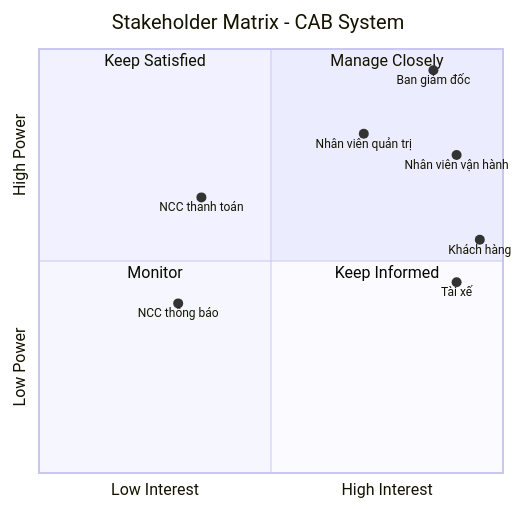
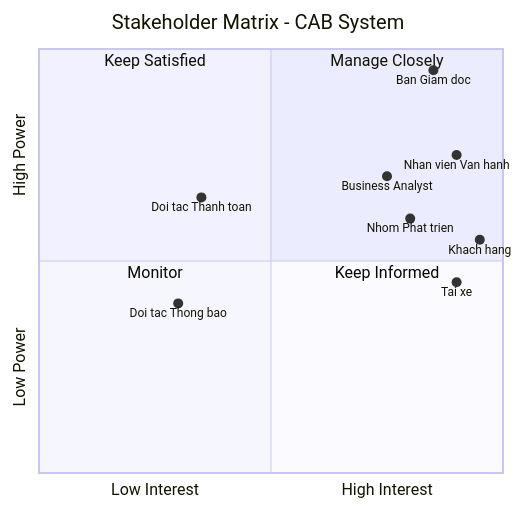
One commit to DuynDangHocBai/23720691_NguyenThiMyDUyen_CABSYSTEM changed the diagram in srs.md. Above: the diagram before and after it, drawn with Mermaid. The commit also changed other lines of this file, not shown here.

First line of the commit message:
Revise stakeholder roles and business requirements

````diff
--- a/srs.md
+++ b/srs.md
@@ -19,19 +20,20 @@
 ```mermaid
 quadrantChart
     title Stakeholder Matrix - CAB System
     x-axis Low Interest --> High Interest
     y-axis Low Power --> High Power
 
     quadrant-1 Manage Closely
     quadrant-2 Keep Satisfied
     quadrant-3 Monitor
     quadrant-4 Keep Informed
 
-    "Ban giám đốc": [0.85, 0.95]
-    "Nhân viên vận hành": [0.90, 0.75]
-    "Khách hàng": [0.95, 0.55]
-    "Tài xế": [0.90, 0.45]
-    "Nhân viên quản trị": [0.70, 0.80]
-    "NCC thanh toán": [0.35, 0.65]
-    "NCC thông báo": [0.30, 0.40]
+    "Ban Giam doc": [0.85, 0.95]
+    "Business Analyst": [0.75, 0.70]
+    "Nhom Phat trien": [0.80, 0.60]
+    "Nhan vien Van hanh": [0.90, 0.75]
+    "Khach hang": [0.95, 0.55]
+    "Tai xe": [0.90, 0.45]
+    "Doi tac Thanh toan": [0.35, 0.65]
+    "Doi tac Thong bao": [0.30, 0.40]
 ```
````
